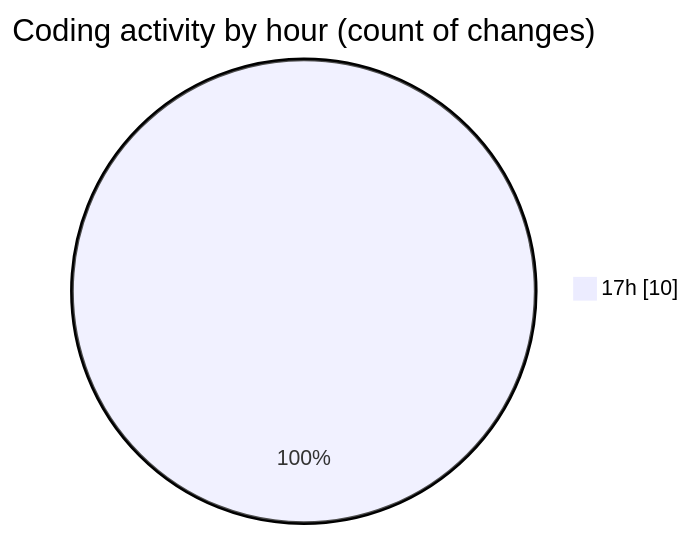
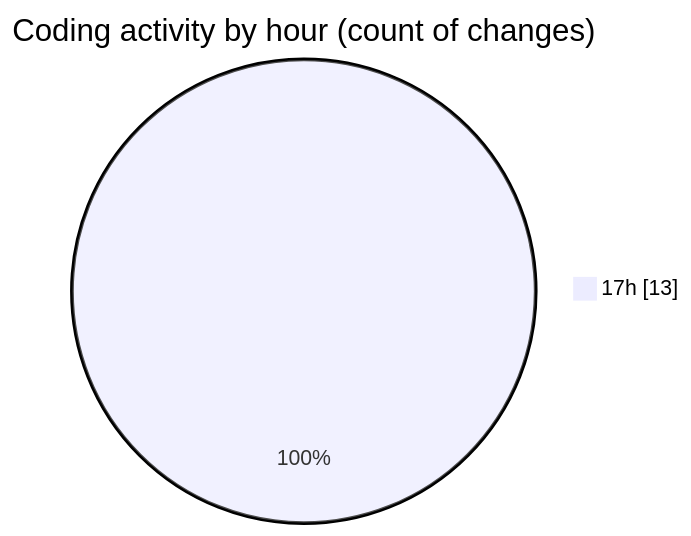
One commit to robertbonfada/code-tracking changed the second of 2 diagrams in 2025-02-28/audiobooks-web/README.md. Above: the diagram before and after it, drawn with Mermaid. The commit also changed other lines of this file and 1 other file, not shown here.

````diff
--- a/2025-02-28/audiobooks-web/README.md
+++ b/2025-02-28/audiobooks-web/README.md
@@ -32,5 +35,5 @@
 ```mermaid
 pie showData
 title Coding activity by hour (count of changes)
-"17h" : 10
+"17h" : 13
 ```
````
